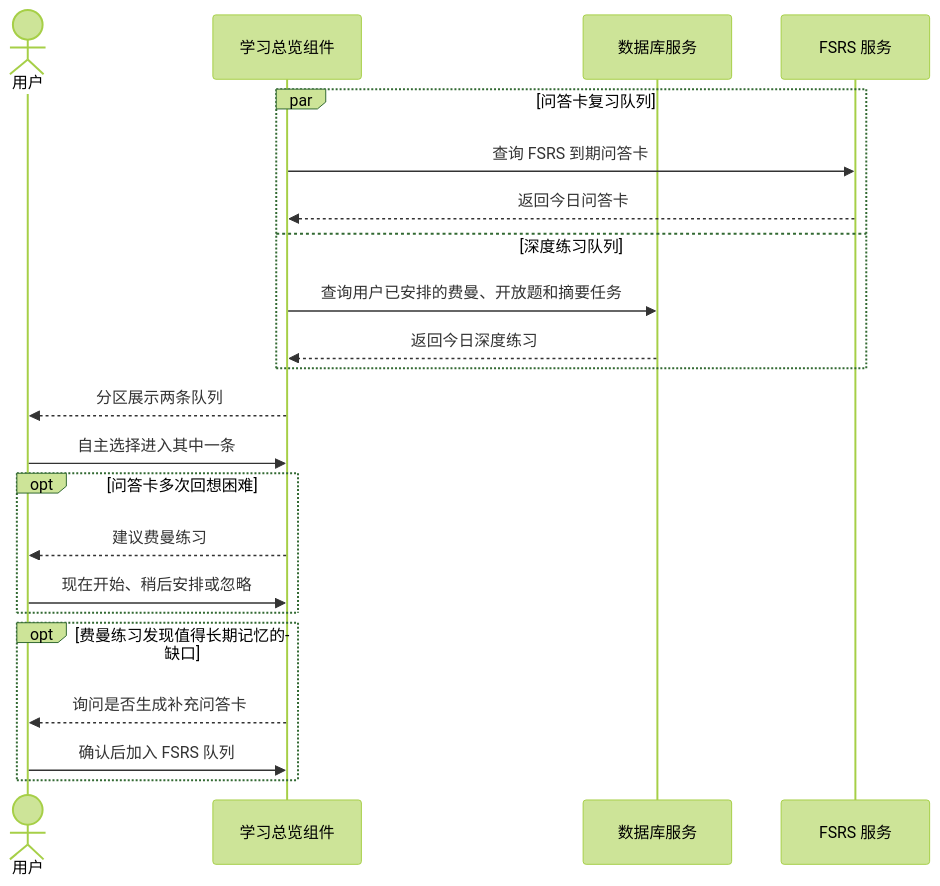
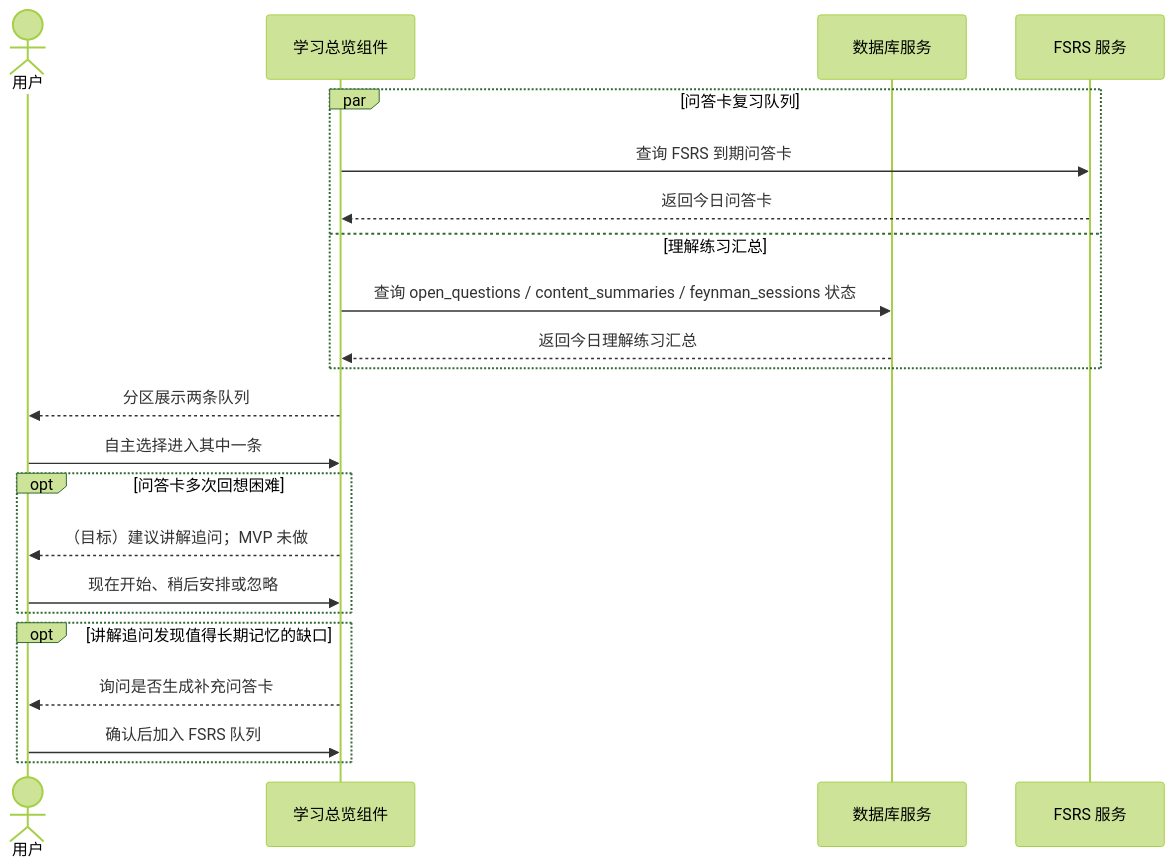
One commit to TheWS/flash-bot changed the fifth of 6 diagrams in docs/technical/sequences.md. Above: the diagram before and after it, drawn with Mermaid (forest theme). The commit also changed other lines of this file and 9 other files, not shown here.

````diff
--- a/docs/technical/sequences.md
+++ b/docs/technical/sequences.md
@@ -161,25 +161,25 @@
 ```mermaid
 sequenceDiagram
     actor U as 用户
     participant A as 学习总览组件
     participant D as 数据库服务
     participant F as FSRS 服务
 
     par 问答卡复习队列
         A->>F: 查询 FSRS 到期问答卡
         F-->>A: 返回今日问答卡
-    and 深度练习队列
-        A->>D: 查询用户已安排的费曼、开放题和摘要任务
-        D-->>A: 返回今日深度练习
+    and 理解练习汇总
+        A->>D: 查询 open_questions / content_summaries / feynman_sessions 状态
+        D-->>A: 返回今日理解练习汇总
     end
     A-->>U: 分区展示两条队列
     U->>A: 自主选择进入其中一条
     opt 问答卡多次回想困难
-        A-->>U: 建议费曼练习
+        A-->>U: （目标）建议讲解追问；MVP 未做
         U->>A: 现在开始、稍后安排或忽略
     end
-    opt 费曼练习发现值得长期记忆的缺口
+    opt 讲解追问发现值得长期记忆的缺口
         A-->>U: 询问是否生成补充问答卡
         U->>A: 确认后加入 FSRS 队列
     end
 ```
````
